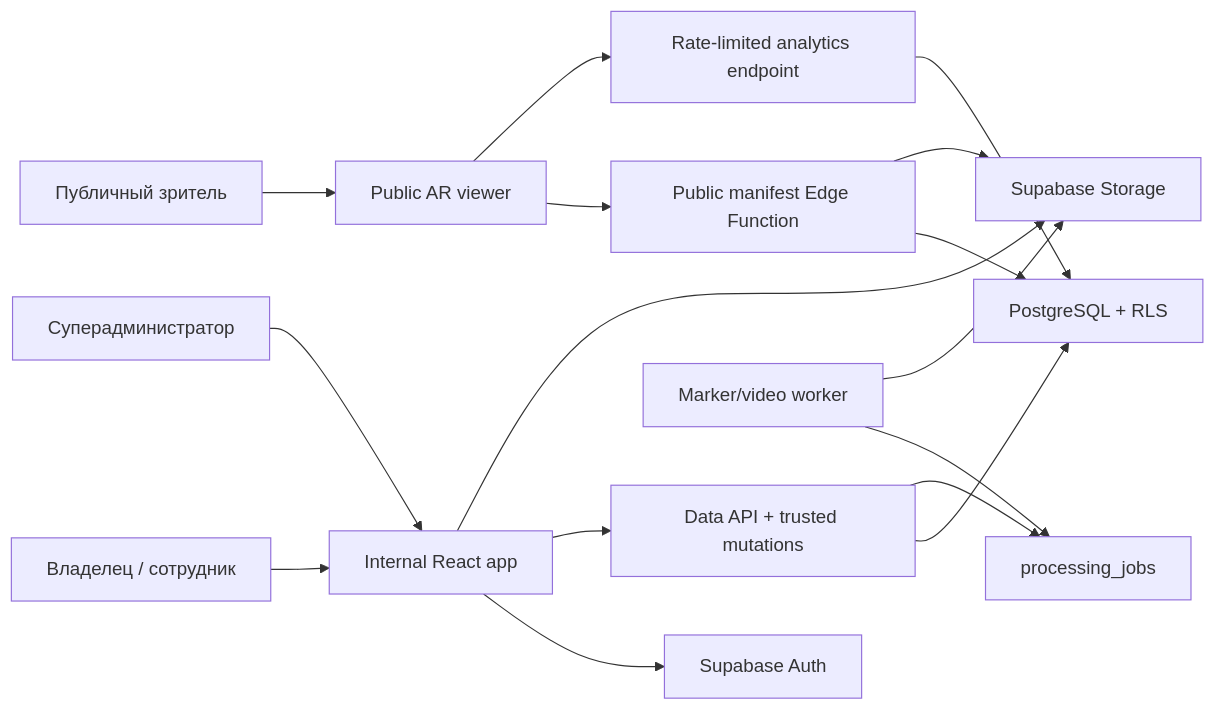
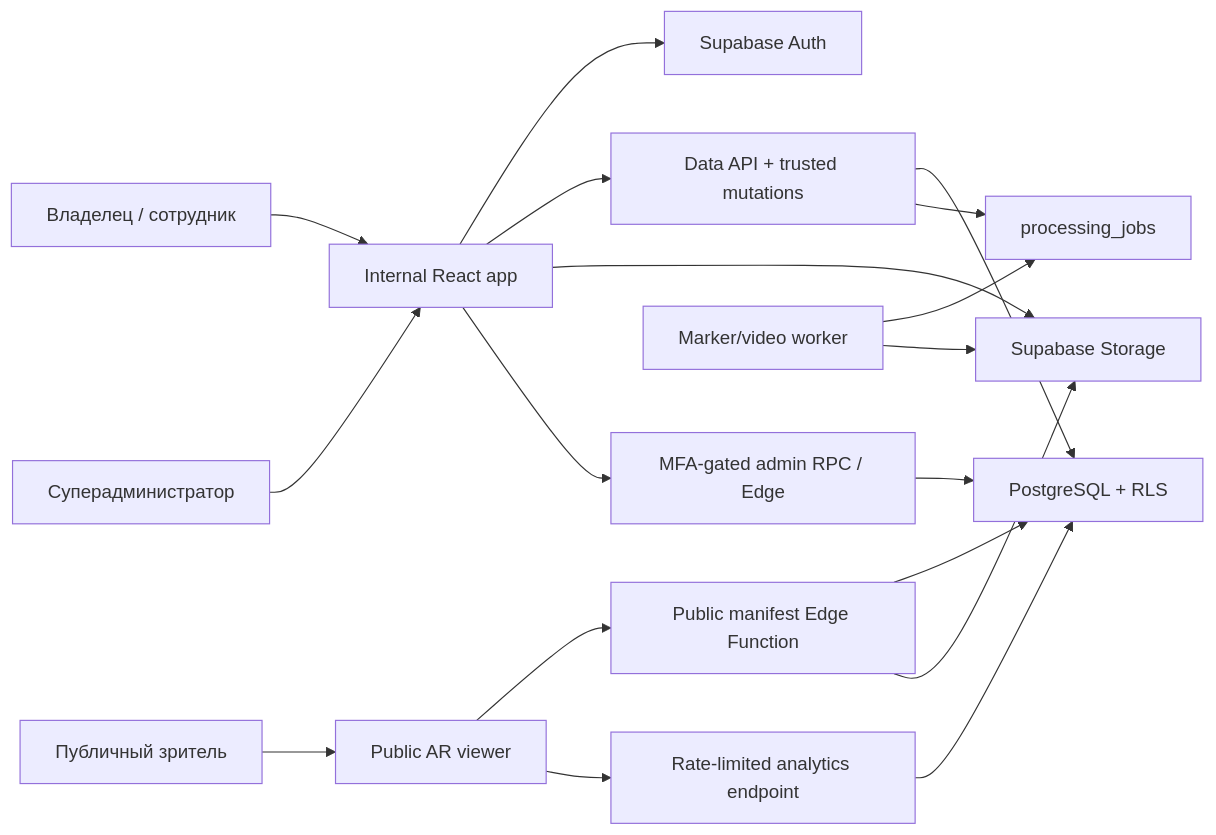
One commit to abdulkadyrov/ar.photo changed the first of 4 diagrams in ARCHITECTURE.md. Above: the diagram before and after it, drawn with Mermaid. The commit also changed other lines of this file and 5 other files, not shown here.

````diff
--- a/ARCHITECTURE.md
+++ b/ARCHITECTURE.md
@@ -15,18 +15,20 @@
 ```mermaid
 flowchart LR
   Owner["Владелец / сотрудник"] --> App["Internal React app"]
   Admin["Суперадминистратор"] --> App
   Viewer["Публичный зритель"] --> Public["Public AR viewer"]
   App --> Auth["Supabase Auth"]
   App --> API["Data API + trusted mutations"]
   API --> DB["PostgreSQL + RLS"]
   App --> Storage["Supabase Storage"]
   Public --> Manifest["Public manifest Edge Function"]
   Manifest --> DB
   Manifest --> Storage
   API --> Queue["processing_jobs"]
   Worker["Marker/video worker"] --> Queue
   Worker --> Storage
   Public --> Analytics["Rate-limited analytics endpoint"]
   Analytics --> DB
+  App --> AdminAPI["MFA-gated admin RPC / Edge"]
+  AdminAPI --> DB
 ```
````
